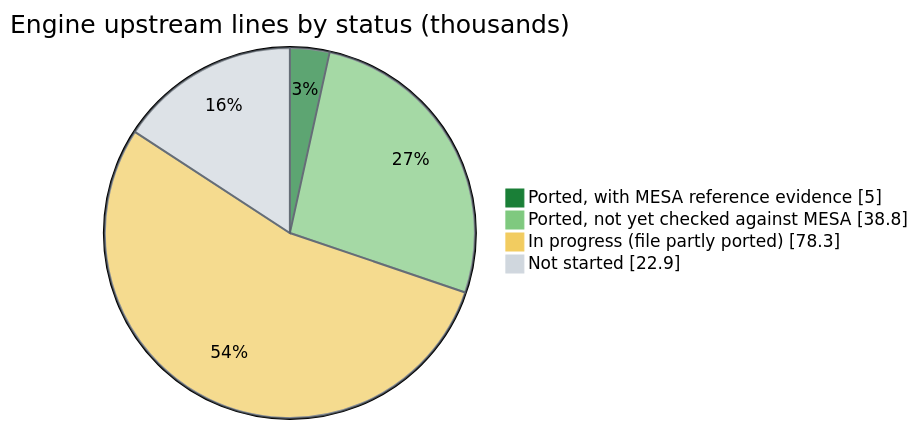
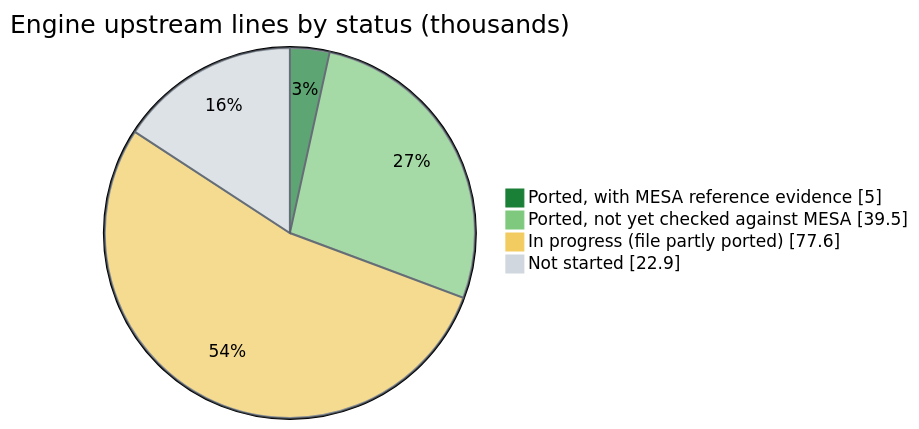
Before and after one commit to joshspeagle/FlexMESA: the first of 2 diagrams in README.md, drawn with Mermaid. The commit also changed other lines of this file and 5 other files, not shown here.

````diff
--- a/README.md
+++ b/README.md
@@ -27,9 +27,9 @@
 ```mermaid
 %%{init: {'themeVariables': {'pie1': '#1a7f37', 'pie2': '#7fc97f', 'pie3': '#f2cc60', 'pie4': '#d0d7de', 'pieSectionTextColor': '#000000', 'pieStrokeColor': '#57606a'}}}%%
 pie showData
     title Engine upstream lines by status (thousands)
     "Ported, with MESA reference evidence" : 5.0
-    "Ported, not yet checked against MESA" : 38.8
-    "In progress (file partly ported)" : 78.3
+    "Ported, not yet checked against MESA" : 39.5
+    "In progress (file partly ported)" : 77.6
     "Not started" : 22.9
 ```
````
